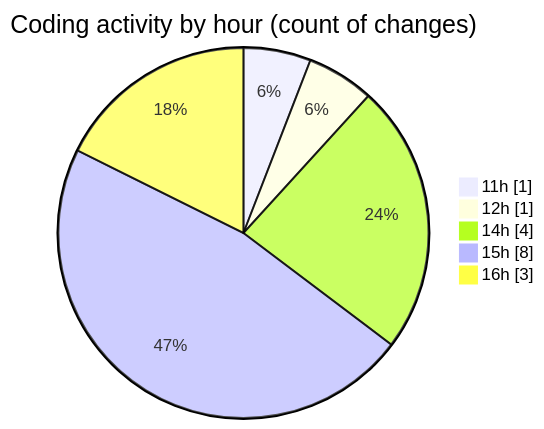
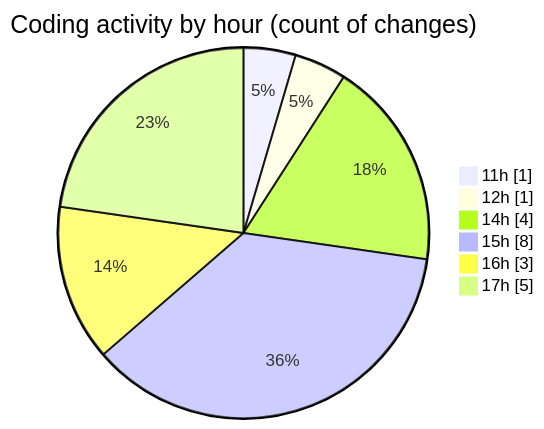
One commit to debugP/code-tracking changed the second of 2 diagrams in 2026-07-30/untitled__workspace_/README.md. Above: the diagram before and after it, drawn with Mermaid. The commit also changed other lines of this file and 1 other file, not shown here.

````diff
--- a/2026-07-30/untitled__workspace_/README.md
+++ b/2026-07-30/untitled__workspace_/README.md
@@ -28,9 +30,10 @@
 ```mermaid
 pie showData
 title Coding activity by hour (count of changes)
 "11h" : 1
 "12h" : 1
 "14h" : 4
 "15h" : 8
 "16h" : 3
+"17h" : 5
 ```
````
